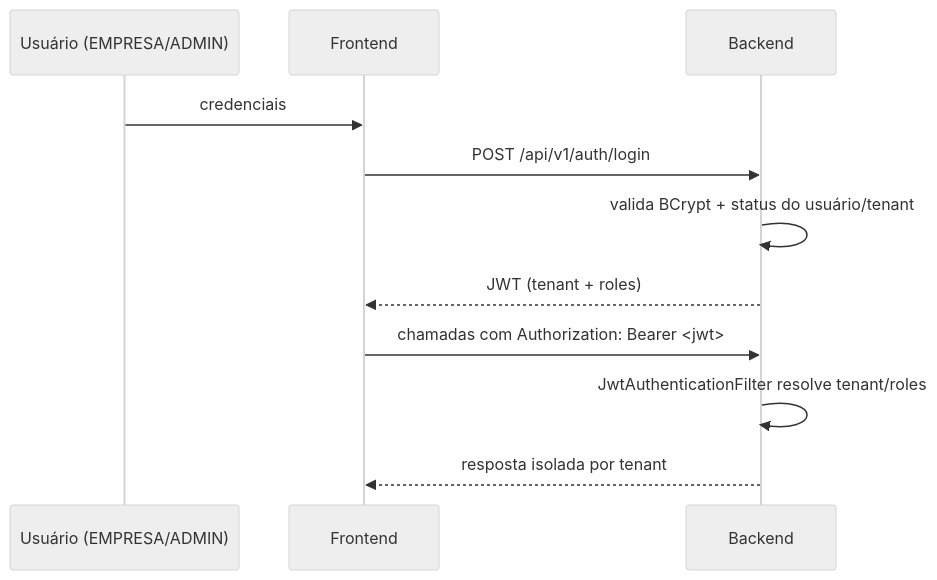
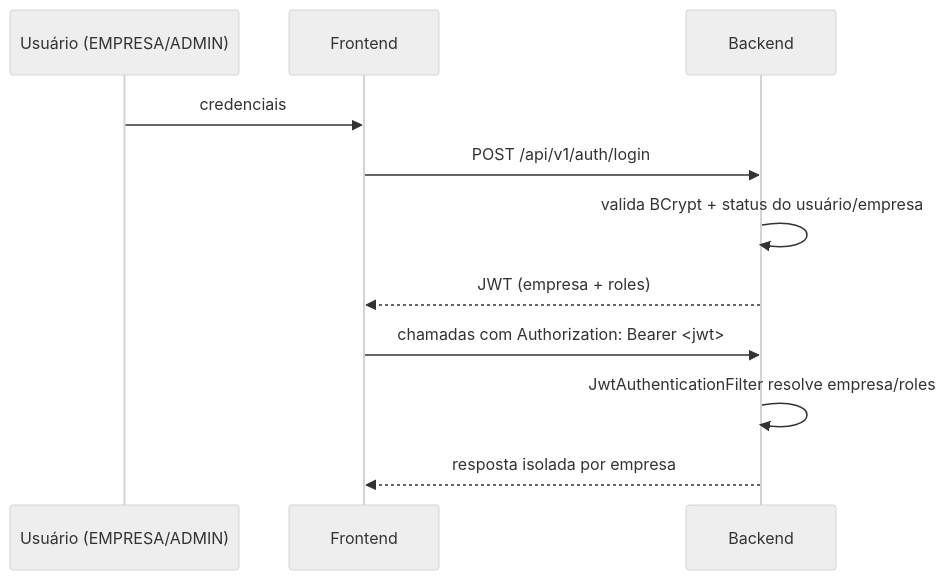
One commit to diogo2806/praxis changed the second of 4 diagrams in docs/OPERACAO.md. Above: the diagram before and after it, drawn with Mermaid (neutral theme). The commit also changed other lines of this file and 423 other files, not shown here.

First line of the commit message:
rename: tenant -> empresa throughout codebase

````diff
--- a/docs/OPERACAO.md
+++ b/docs/OPERACAO.md
@@ -82,13 +82,13 @@
 ```mermaid
 sequenceDiagram
   participant U as Usuário (EMPRESA/ADMIN)
   participant FE as Frontend
   participant API as Backend
   U->>FE: credenciais
   FE->>API: POST /api/v1/auth/login
-  API->>API: valida BCrypt + status do usuário/tenant
-  API-->>FE: JWT (tenant + roles)
+  API->>API: valida BCrypt + status do usuário/empresa
+  API-->>FE: JWT (empresa + roles)
   FE->>API: chamadas com Authorization: Bearer <jwt>
-  API->>API: JwtAuthenticationFilter resolve tenant/roles
-  API-->>FE: resposta isolada por tenant
+  API->>API: JwtAuthenticationFilter resolve empresa/roles
+  API-->>FE: resposta isolada por empresa
 ```
````
